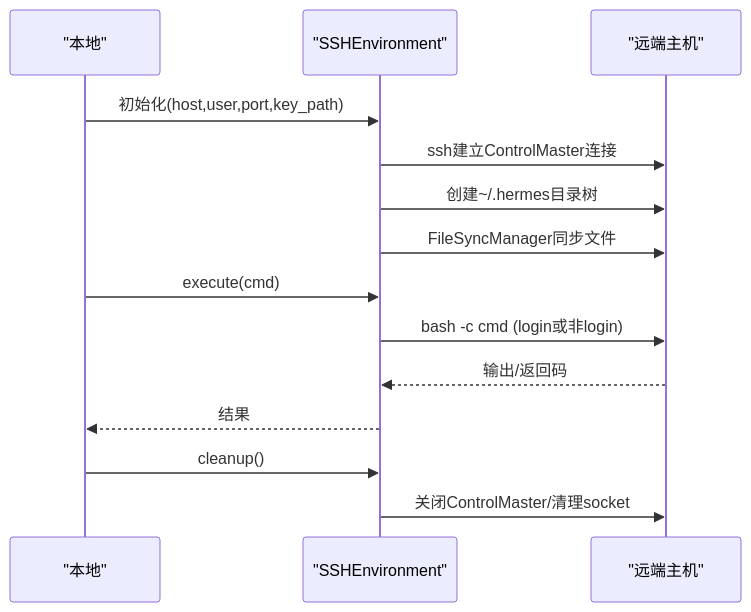
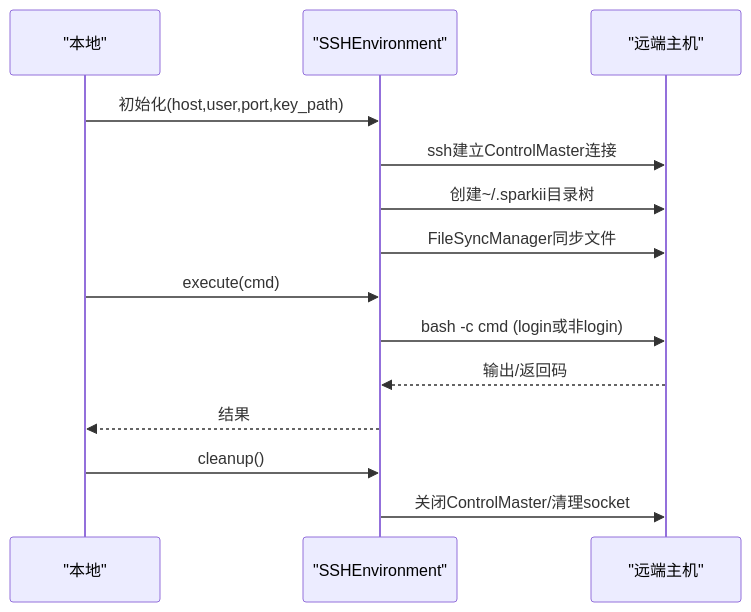
Before and after one commit to YueDJ/SpaikiiDesktop: the sixth of 8 diagrams in .qoder/repowiki/zh/content/架构设计/模块设计/工具执行环境模块.md, drawn with Mermaid. The commit also changed other lines of this file and 299 other files, not shown here.

````diff
--- a/.qoder/repowiki/zh/content/架构设计/模块设计/工具执行环境模块.md
+++ b/.qoder/repowiki/zh/content/架构设计/模块设计/工具执行环境模块.md
@@ -250,16 +250,16 @@
 ```mermaid
 sequenceDiagram
 participant Host as "本地"
 participant SSH as "SSHEnvironment"
 participant Remote as "远端主机"
 Host->>SSH : 初始化(host,user,port,key_path)
 SSH->>Remote : ssh建立ControlMaster连接
-SSH->>Remote : 创建~/.hermes目录树
+SSH->>Remote : 创建~/.sparkii目录树
 SSH->>Remote : FileSyncManager同步文件
 Host->>SSH : execute(cmd)
 SSH->>Remote : bash -c cmd (login或非login)
 Remote-->>SSH : 输出/返回码
 SSH-->>Host : 结果
 Host->>SSH : cleanup()
 SSH->>Remote : 关闭ControlMaster/清理socket
 ```
````
